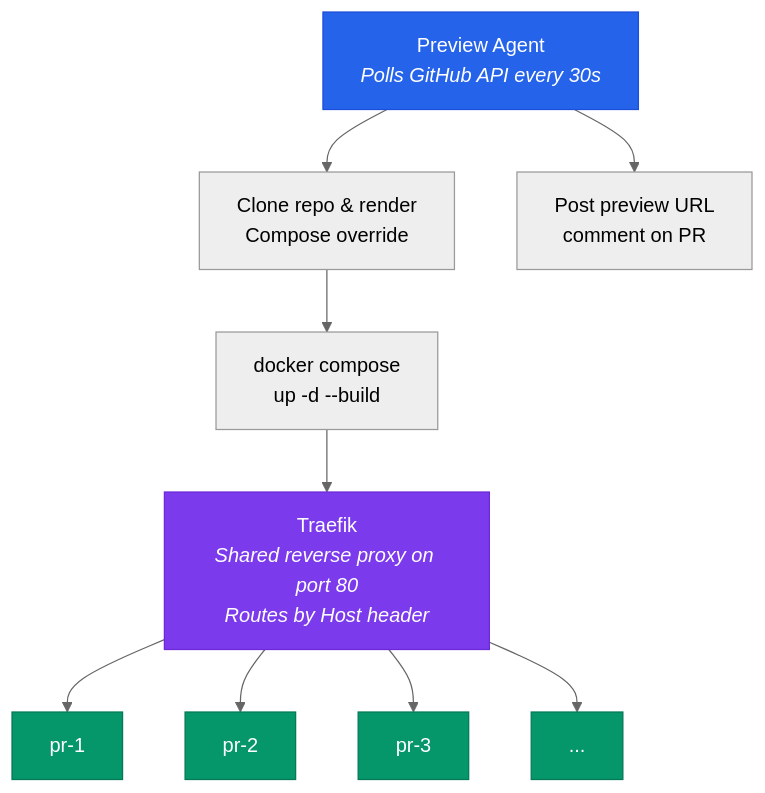
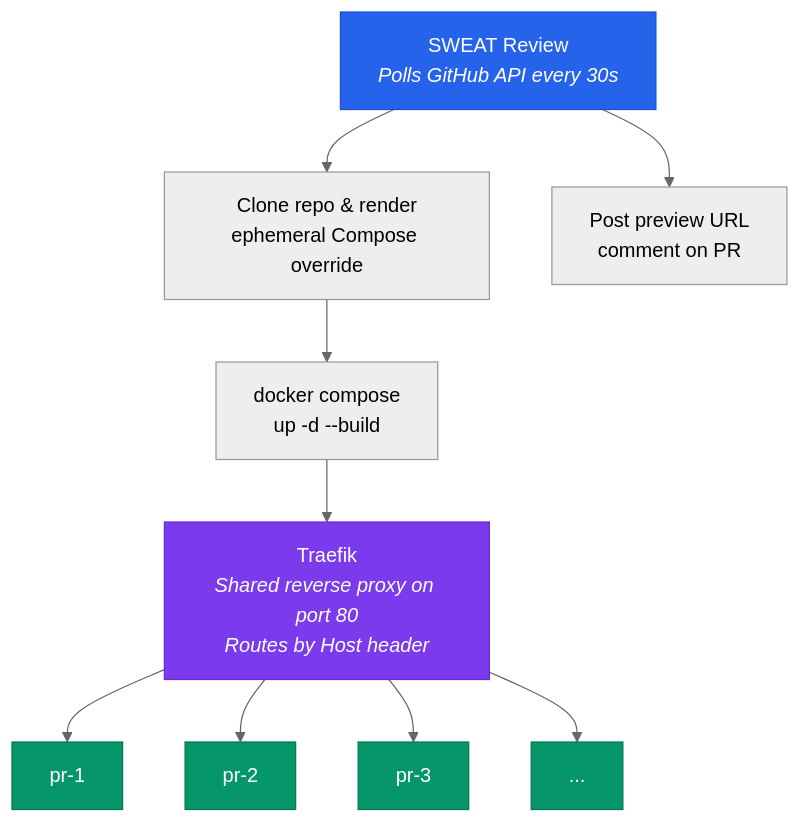
One commit to 4ug-aug/sweat-review changed the diagram in README.md. Above: the diagram before and after it, drawn with Mermaid (neutral theme). The commit also changed other lines of this file and 6 other files, not shown here.

First line of the commit message:
Rename Preview Agent to SWEAT Review

````diff
--- a/README.md
+++ b/README.md
@@ -10,18 +10,18 @@
 ```mermaid
 graph TD
-    A["Preview Agent<br/><i>Polls GitHub API every 30s</i>"] --> B["Clone repo & render<br/>Compose override"]
+    A["SWEAT Review<br/><i>Polls GitHub API every 30s</i>"] --> B["Clone repo & render<br/>ephemeral Compose override"]
     A --> C["Post preview URL<br/>comment on PR"]
     B --> D["docker compose<br/>up -d --build"]
     D --> T["Traefik<br/><i>Shared reverse proxy on port 80<br/>Routes by Host header</i>"]
     T --> PR1["pr-1"]
     T --> PR2["pr-2"]
     T --> PR3["pr-3"]
     T --> PR4["..."]
 
     style A fill:#2563eb,stroke:#1d4ed8,color:#fff
     style T fill:#7c3aed,stroke:#6d28d9,color:#fff
     style PR1 fill:#059669,stroke:#047857,color:#fff
     style PR2 fill:#059669,stroke:#047857,color:#fff
     style PR3 fill:#059669,stroke:#047857,color:#fff
     style PR4 fill:#059669,stroke:#047857,color:#fff
 ```
````
